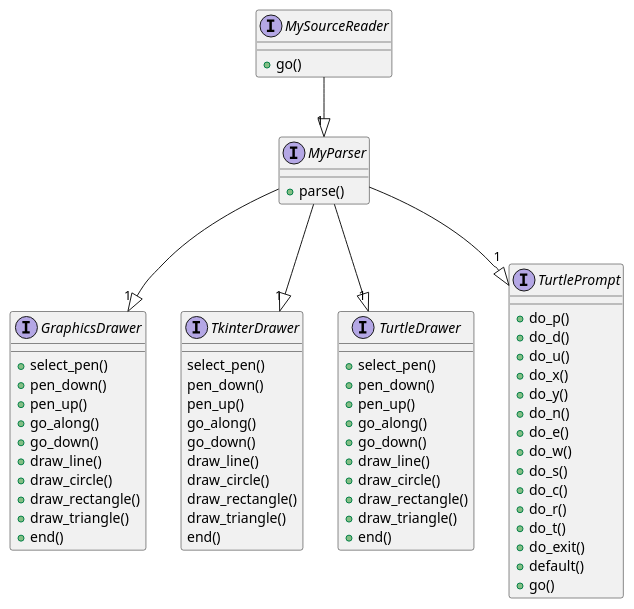
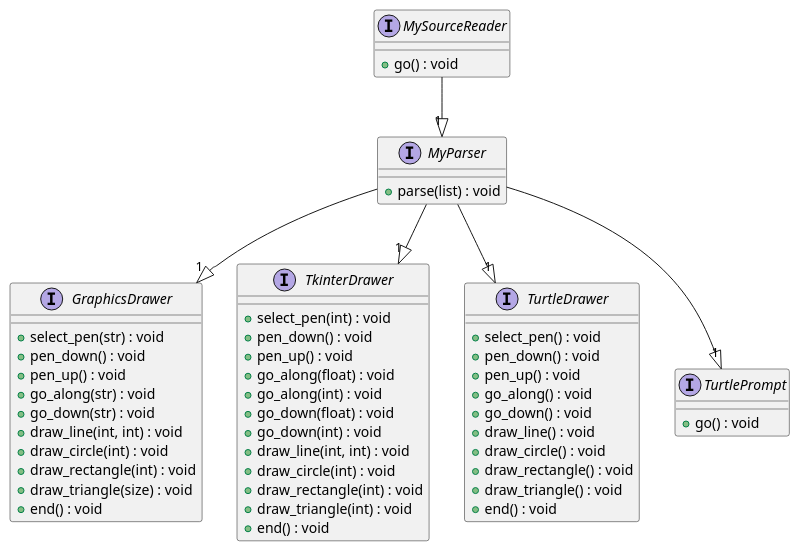
The diagram in docs/inteface_diagram.wsd (llouislu/bcpr301-a2), drawn with PlantUML before and after one commit.

Commit message:
add method signature

```diff
--- a/docs/inteface_diagram.wsd
+++ b/docs/inteface_diagram.wsd
@@ -1,86 +1,91 @@
 @startuml
 interface MySourceReader {  
-+ go()
++ go() : void
 }
 interface MyParser{
-+ parse()
++ parse(list) : void
 }
 interface GraphicsDrawer{
-+ select_pen()
-+ pen_down()
-+ pen_up()
-+ go_along()
-+ go_down()
-+ draw_line()
-+ draw_circle()
-+ draw_rectangle()
-+ draw_triangle()
-+ end()
++ select_pen(str) : void
++ pen_down() : void
++ pen_up() : void
++ go_along(str) : void
++ go_down(str) : void
++ draw_line(int, int) : void
++ draw_circle(int) : void
++ draw_rectangle(int) : void
+' !!size is not used
++ draw_triangle(size) : void
++ end() : void
 }
 interface TkinterDrawer{
-select_pen()
-pen_down()
-pen_up()
-go_along()
-go_down()
-draw_line()
-draw_circle()
-draw_rectangle()
-draw_triangle()
-end()
++ select_pen(int) : void
++ pen_down() : void
++ pen_up() : void
++ go_along(float) : void
++ go_along(int) : void
++ go_down(float) : void
++ go_down(int) : void
++ draw_line(int, int) : void
++ draw_circle(int) : void
+' !!size is not used
++ draw_rectangle(int) : void
+' !!size is not used
++ draw_triangle(int) : void
++ end() : void
 }
 interface TurtleDrawer{
-+ select_pen()
-+ pen_down()
-+ pen_up()
-+ go_along()
-+ go_down()
-+ draw_line()
-+ draw_circle()
-+ draw_rectangle()
-+ draw_triangle()
-+ end()
++ select_pen() : void
++ pen_down() : void
++ pen_up() : void
++ go_along() : void
++ go_down() : void
++ draw_line() : void
++ draw_circle() : void
++ draw_rectangle() : void
++ draw_triangle() : void
++ end() : void
 }
 interface TurtlePrompt{
-+ do_p()
-+ do_d()
-+ do_u()
-+ do_x()
-+ do_y()
-+ do_n()
-+ do_e()
-+ do_w()
-+ do_s()
-+ do_c()
-+ do_r()
-+ do_t()
-+ do_exit()
-+ default()
-+ go()
+' + do_p(int) : void
+' + do_d() : void
+' + do_u() : void
+' + do_x() : void
+' + do_y() : void
+' + do_n() : void
+' + do_e() : void
+' + do_w() : void
+' + do_s() : void
+' + do_c() : void
+' + do_r() : void
+' + do_t() : void
+' + do_exit() : void
+' + default() : void
++ go() : void
 }
 ' interface ErrorChecking {
 ' check()
 ' notAInt()
 ' notAString()
 ' notAList()
 ' notABool()
 ' notAFloat()
 ' notAFloatOrInt()
 ' error_message()
 ' }
 ' interface Dest{
 ' getDesination()
 ' }
 
 
 MySourceReader --|> "1" MyParser
 MyParser --|> "1" GraphicsDrawer
 MyParser --|> "1" TkinterDrawer
 MyParser --|> "1" TurtleDrawer
 MyParser --|> "1" TurtlePrompt
 ' ErrorChecking --|> "1" GraphicsDrawer
 ' ErrorChecking --|> "1" TkinterDrawer
 ' ErrorChecking --|> "1" TurtleDrawer
 ' Dest "1" --|> "1" TkinterDrawer
 ' Dest --|> "1" GraphicsDrawer
 @enduml
```
